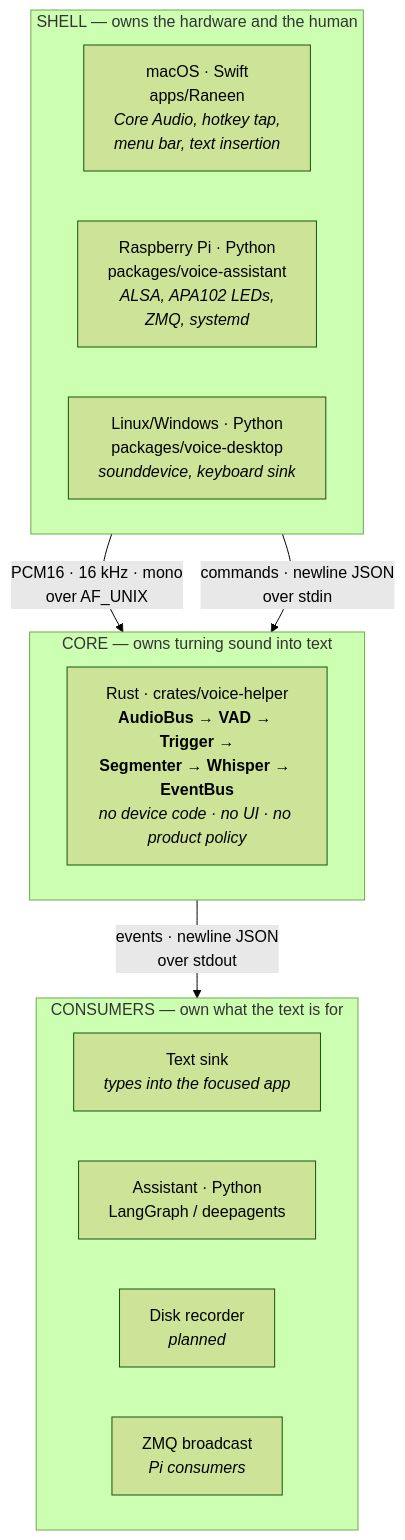
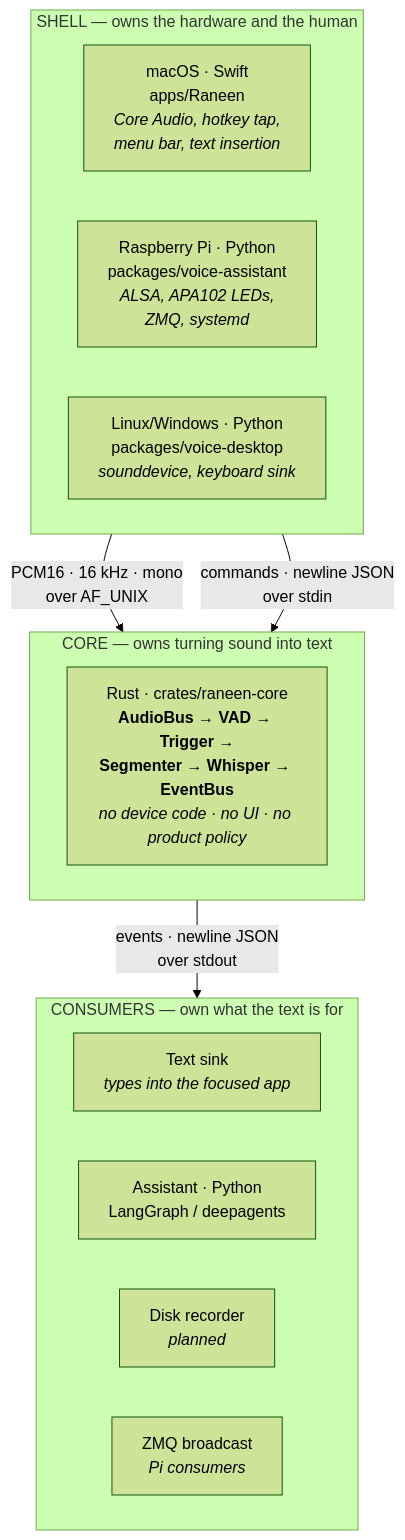
Before and after one commit to zkhan93/respeaker-openai-assistant: the first of 2 diagrams in docs/ARCHITECTURE.md, drawn with Mermaid (forest theme). The commit also changed other lines of this file and 52 other files, not shown here.

````diff
--- a/docs/ARCHITECTURE.md
+++ b/docs/ARCHITECTURE.md
@@ -13,25 +13,25 @@
 ```mermaid
 flowchart TB
     subgraph SHELL["SHELL — owns the hardware and the human"]
         direction LR
         MAC["macOS · Swift<br/>apps/Raneen<br/><i>Core Audio, hotkey tap,<br/>menu bar, text insertion</i>"]
         PI["Raspberry Pi · Python<br/>packages/voice-assistant<br/><i>ALSA, APA102 LEDs,<br/>ZMQ, systemd</i>"]
         CLI["Linux/Windows · Python<br/>packages/voice-desktop<br/><i>sounddevice, keyboard sink</i>"]
     end
 
     subgraph CORE["CORE — owns turning sound into text"]
-        RUST["Rust · crates/voice-helper<br/><b>AudioBus → VAD → Trigger →<br/>Segmenter → Whisper → EventBus</b><br/><i>no device code · no UI · no product policy</i>"]
+        RUST["Rust · crates/raneen-core<br/><b>AudioBus → VAD → Trigger →<br/>Segmenter → Whisper → EventBus</b><br/><i>no device code · no UI · no product policy</i>"]
     end
 
     subgraph CONSUME["CONSUMERS — own what the text is for"]
         direction LR
         TYPE["Text sink<br/><i>types into the focused app</i>"]
         AGENT["Assistant · Python<br/>LangGraph / deepagents"]
         DISK["Disk recorder<br/><i>planned</i>"]
         ZMQ["ZMQ broadcast<br/><i>Pi consumers</i>"]
     end
 
     SHELL -- "PCM16 · 16 kHz · mono<br/>over AF_UNIX" --> CORE
     SHELL -- "commands · newline JSON<br/>over stdin" --> CORE
     CORE -- "events · newline JSON<br/>over stdout" --> CONSUME
 ```
````
